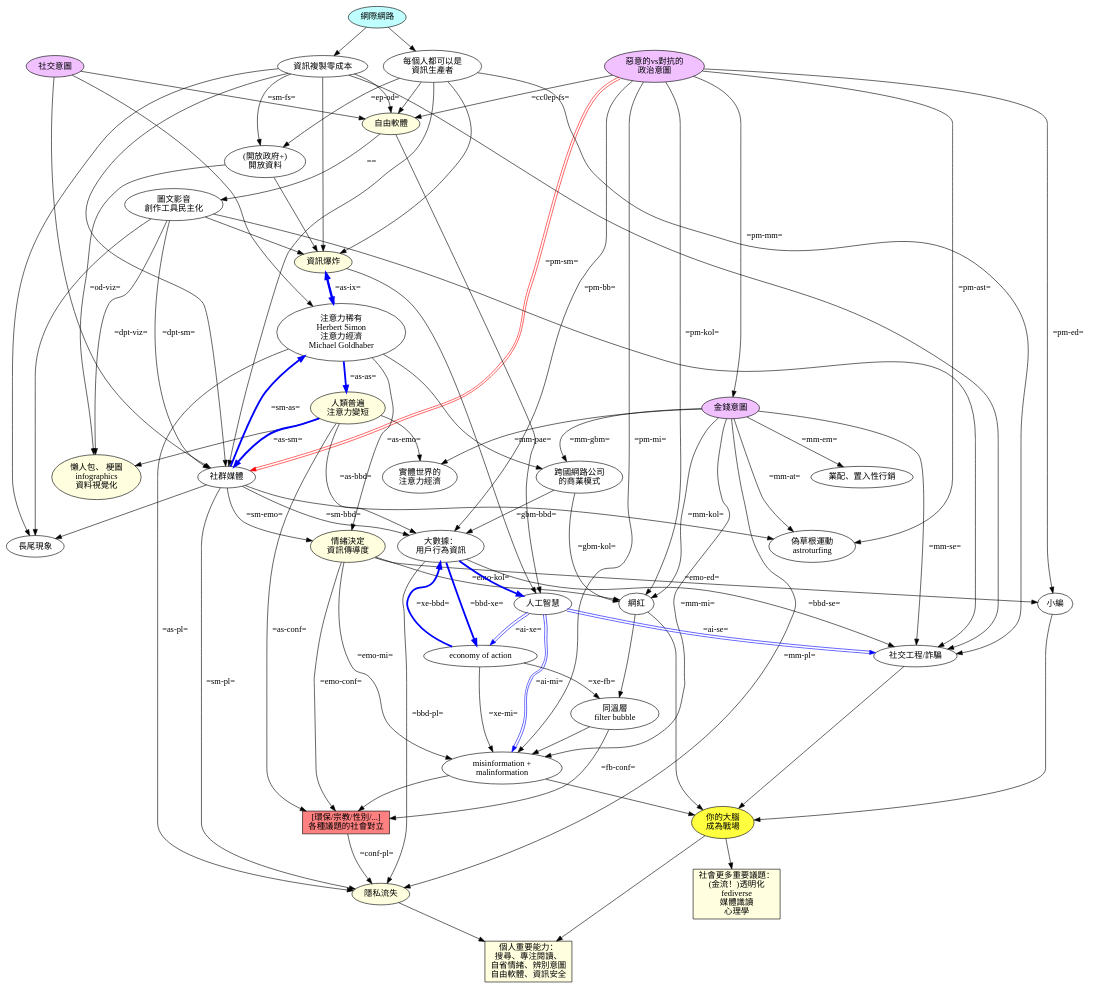
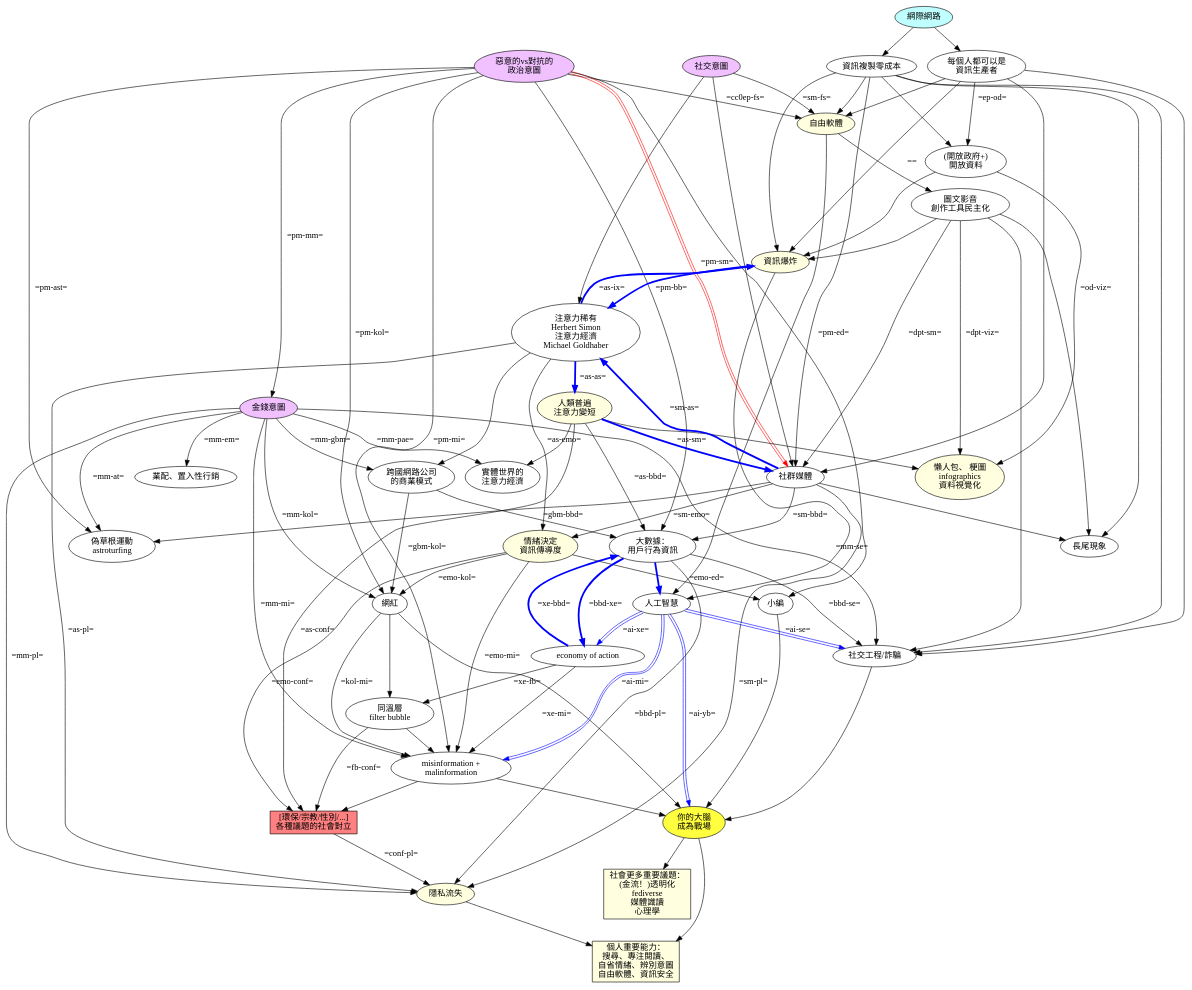
Before and after one commit to ckhung/ckhung.github.io: the diagram in a/m/23/war-on-brain.dot, drawn with Graphviz. The commit also changed 1 other file, not shown here.

Commit message:
war-on-brain.*

```diff
--- a/a/m/23/war-on-brain.dot
+++ b/a/m/23/war-on-brain.dot
@@ -1,124 +1,126 @@
 digraph "頭腦爭霸戰" {
 
     rankdir = TB;
     overlap = scale;
 
     social_motivation [ label="社交意圖"; style=filled; fillcolor="#f0c0ff" ];
     monetary_motivation [ label="金錢意圖"; style=filled; fillcolor="#f0c0ff" ];
     political_motivation [ label="惡意的vs對抗的\n政治意圖"; style=filled; fillcolor="#f0c0ff" ];
     internet [ label="網際網路" style=filled; fillcolor="#c0ffff" ];
     copy_cost_0 [ label="資訊複製零成本" ];
     everone_producer [ label="每個人都可以是\n資訊生產者" ];
 
     free_software [ label="自由軟體"; style=filled; fillcolor="#ffffe0" ];
     dem_prod_tool [ label="圖文影音\n創作工具民主化" ];
 
     open_data [ label="(開放政府+)\n開放資料" ];
     info_explosion [ label="資訊爆炸"; style=filled; fillcolor="#ffffe0" ];
     attention_scarcity [ label="注意力稀有\nHerbert Simon\n注意力經濟\nMichael Goldhaber" ];
     attention_span [ label="人類普遍\n注意力變短"; style=filled; fillcolor="#ffffe0" ];
     visualization [ label="懶人包、 梗圖\ninfographics\n資料視覺化"; style=filled; fillcolor="#ffffe0" ];
     physical_ae [ label="實體世界的\n注意力經濟" ];
 
     social_media [ label="社群媒體" ];
     long_tail [ label="長尾現象" ];
     astroturfing [ label="偽草根運動\nastroturfing" ];
     emotion [ label="情緒決定\n資訊傳導度"; style=filled; fillcolor="#ffffe0" ];
     embedded_marketing [ label="業配、置入性行銷" ];
     kol [ label="網紅" ];
     google_bm [ label="跨國網路公司\n的商業模式" ];
     artificial_intelligence [ label="人工智慧" ];
     misinformation [ label="misinformation +\nmalinformation" ];
     privacy_loss [ label="隱私流失"; style=filled; fillcolor="#ffffe0" ];
     filter_bubble [ label="同溫層\nfilter bubble" ];
     behavior_big_data [ label="大數據：\n用戶行為資訊" ];
     xtion_economy [ label="economy of action" ];
     social_engineering [ label="社交工程/詐騙" ];
     editor [ label="小編" ];
     your_brain [ label="你的大腦\n成為戰場"; style=filled; fillcolor="#ffff40" ];
     conflict [ shape=rectangle; label="[環保/宗教/性別/...]\n各種議題的社會對立"; style=filled; fillcolor="#ff8080"; ];
     important_personal [ shape=rectangle; label="個人重要能力：\n搜尋、專注閱讀、\n自省情緒、辨別意圖\n自由軟體、資訊安全"; style=filled; fillcolor="#ffffe0" ];
     important_societal [ shape=rectangle; label="社會更多重要議題：\n(金流！)透明化\nfediverse\n媒體識讀\n心理學"; style=filled; fillcolor="#ffffe0" ];
 
     # # # # # # # # # # # # # # # # # # # # 
 
     internet -> { copy_cost_0 everone_producer } -> free_software;
     political_motivation -> free_software [ label="=cc0ep-fs="; labeltooltip="革奴計畫" ];
     social_motivation -> free_software [ label="=sm-fs="; labeltooltip="軟體就像性，免費的比較好" ];
     free_software -> dem_prod_tool [ label="=="; labeltooltip="inkscape\ngimp\naudacity\n價格競爭" ];
     copy_cost_0 -> open_data -> info_explosion;
     everone_producer -> open_data [ label="=ep-od="; labeltooltip="維基百科\n開放街圖" ];
 
 
     { everone_producer copy_cost_0 dem_prod_tool } -> { info_explosion social_engineering };
     social_motivation -> attention_scarcity;
     info_explosion -> attention_scarcity [ color="#0000ff"; penwidth=3 ];
     attention_scarcity -> info_explosion [ color="#0000ff"; penwidth=3; label="=as-ix="; labeltooltip="reputation economy\nexposure culture\n創用CC" ];
     attention_scarcity -> attention_span [ color="#0000ff"; penwidth=3; label="=as-as="; labeltooltip="金魚腦" ];
     attention_scarcity -> privacy_loss [ label="=as-pl="; labeltooltip="selfie\n不必讀，我同意\n預設值\n暗黑模式的 UI/UX" ];
     attention_span -> { visualization physical_ae };
     open_data -> visualization [ label="=od-viz="; labeltooltip="Hans Rosling\nOWID" ];
     dem_prod_tool -> visualization [ label="=dpt-viz="; labeltooltip="metabase\ngrafana\nplotly\ngnuplot\nscatplot" ];
 
     monetary_motivation -> physical_ae [ label="=mm-pae="; labeltooltip="四川航空 免費巴士\ndigital license plate ads" ];
     attention_scarcity -> google_bm;
     monetary_motivation ->  google_bm [ label="=mm-gbm="; labeltooltip="臉書、Instagram\ngoogle\nyoutube" ];
     google_bm -> kol [ label="=gbm-kol="; labeltooltip="抖內\n工商服務\n直播拍賣\n健生中醫" ];
     monetary_motivation -> embedded_marketing [ label="=mm-em="; ];
 
     { social_motivation everone_producer copy_cost_0 } -> social_media;
     dem_prod_tool -> social_media [ label="=dpt-sm="; labeltooltip="BBS、IRC" ];
     social_media -> attention_scarcity [ color="#0000ff"; penwidth=3; label="=sm-as="; labeltooltip="無限滾動捲軸\ndark patterns\ndeceptive patterns" ];
     attention_span -> social_media [ color="#0000ff"; penwidth=3; label="=as-sm="; labeltooltip="blog=>twitter\nyoutube=>抖音" ];
     { dem_prod_tool copy_cost_0 social_media } -> long_tail;
     social_media -> emotion [ label="=sm-emo="; labeltooltip="回想個人經驗" ];
     attention_scarcity -> emotion [ label="=as-emo="; labeltooltip="下標題技巧\n故事行銷" ];
     social_media -> astroturfing;
     monetary_motivation -> astroturfing [ label="=mm-at="; labeltooltip="bigtech wiki\nwe sell likes\nfake review" ];
     social_media -> privacy_loss [ label="=sm-pl="; labeltooltip="FOMO\nzenly\nvenmo\n抖音與臉書對你的逐鍵觀察" ];
 
 
     social_media -> behavior_big_data [ label="=sm-bbd="; labeltooltip="thisisyourdigitallife\n300個讚\n元宇宙頭盔\n社會信用體系\n网络安全法第二十八条" ];
     behavior_big_data -> privacy_loss [ label="=bbd-pl="; labeltooltip="少女懷孕，Target預測產期"; ];
     attention_span -> behavior_big_data [ label="=as-bbd="; labeltooltip="個人化...、智慧..."; ];
     google_bm -> behavior_big_data [ label="=gbm-bbd="; labeltooltip="targeted advertisement\n登入臉書方可閱讀的IP歧視政策"; ];
     behavior_big_data -> xtion_economy [ color="#0000ff"; penwidth=3; label="=bbd-xe="; labeltooltip="臉書情緒傳染實驗\n(臉書的紐澳青年)\n心理弱點行銷研究\n劍橋分析\nPokéstop"; ];
     xtion_economy -> behavior_big_data [ color="#0000ff"; penwidth=3; label="=xe-bbd="; labeltooltip="建立高牆花園\n誘勸改用app\napp內嵌瀏覽器\n臉書加密網址\n無限下滑" ];
 
 
     filter_bubble -> misinformation;
     xtion_economy -> filter_bubble [ label="=xe-fb="; labeltooltip="你也會喜歡\nline 群組\nline 內建瀏覽器不能搜尋" ];
     xtion_economy -> misinformation [ label="=xe-mi="; labeltooltip="dark ads\n臉書禁備份\nline 群組\nline 內建瀏覽器不能搜尋\nline voom？" ];
     monetary_motivation -> misinformation [ label="=mm-mi="; labeltooltip="大榴蓮\n鬼島狂新聞\n馬其頓 假新聞\n真相製造" ];
     emotion -> misinformation [ label="=emo-mi="; labeltooltip="台灣致死率全世界第一\n近二週致死率全球第三高\n愛台網紅離開台灣\n很多孩子走了\n\n盜版/山寨/仿冒\npredatory journal?" ];
     emotion -> kol [ label="=emo-kol="; labeltooltip="鼻妹、視網膜\n波特王、八烔、斯坦\n朱學恒、館長" ];
 
     political_motivation -> social_media [ color="#ff0000:white:#ff0000"; label="=pm-sm="; labeltooltip="言論管制\n極權國家\n网络安全法第二十八条" ];
     political_motivation -> behavior_big_data [ label="=pm-bb=" ];
     political_motivation -> monetary_motivation [ label="=pm-mm=" ];
     monetary_motivation -> kol [ label="=mm-kol="; labeltooltip="爆料公社\nmost super chatted on youtube" ];
     political_motivation -> astroturfing [ label="=pm-ast="; labeltooltip="twitter INFO OPs archive\n監獄網評員\n蜂蜜檸檬韓粉美國" ];
     political_motivation -> kol [ label="=pm-kol="; labeltooltip="解放軍南部戰區 對台自媒體及輿論分隊\n大翻譯運動" ];
     political_motivation -> misinformation [ label="=pm-mi="; labeltooltip="諸多假訊息打擊防疫" ];
     political_motivation -> editor [ label="=pm-ed="; labeltooltip="各政黨小編文化" ];
     emotion -> editor [ label="=emo-ed="; labeltooltip="小編的人格特質？" ];
 
     kol -> filter_bubble;
+    kol -> misinformation [ label="=kol-mi="; labeltooltip="Lin bay好油\n晚安小雞" ];
     filter_bubble -> conflict [ label="=fb-conf="; labeltooltip="fan wars" ];
     emotion -> conflict [ label="=emo-conf="; labeltooltip="社會運動\nYuri Bezmenov" ];
     attention_span -> conflict [ label="=as-conf="; labeltooltip="標題殺人法 (的成功)" ];
     misinformation -> conflict;
     conflict -> privacy_loss [ label="=conf-pl="; labeltooltip="doxxing" ];
     monetary_motivation -> privacy_loss [ label="=mm-pl="; labeltooltip="葉逢明\n黑市個資\n中國 apps 與系統" ];
     monetary_motivation -> social_engineering [ label="=mm-se="; ];
     behavior_big_data -> social_engineering [ label="=bbd-se="; labeltooltip="黑市個資" ];
 
     { free_software info_explosion } -> artificial_intelligence;
     behavior_big_data -> artificial_intelligence [ color="#0000ff"; penwidth=3; ];
     artificial_intelligence -> xtion_economy [ color="#0000ff:white:#0000ff"; label="=ai-xe="; labeltooltip="劍橋分析 2.0\n中共版劍橋分析？" ];
     artificial_intelligence -> misinformation [color="#0000ff:white:#0000ff"; label="=ai-mi="; labeltooltip="deepfake\n劍橋分析 2.0" ];
     artificial_intelligence -> social_engineering [color="#0000ff:white:#0000ff"; label="=ai-se="; labeltooltip="deepfake" ];
+    artificial_intelligence -> your_brain [color="#0000ff:white:#0000ff"; label="=ai-yb="; labeltooltip="Olga Loiek 被複製" ];
 
     { kol editor misinformation social_engineering } -> your_brain -> important_societal
     { your_brain privacy_loss } -> important_personal;
 }
```
